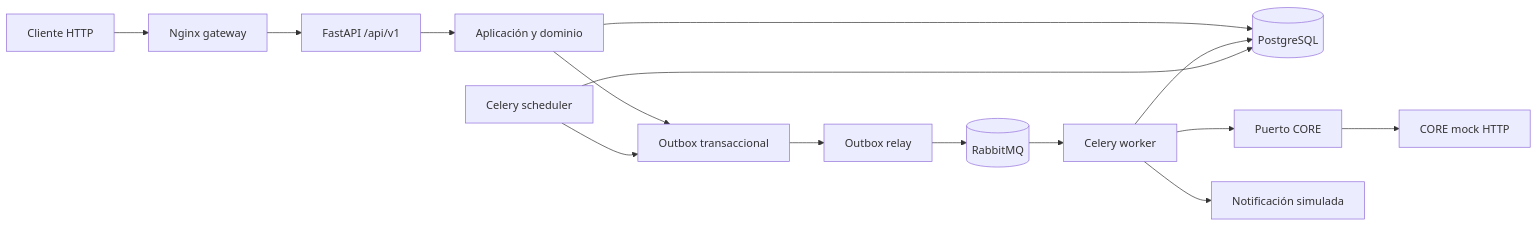
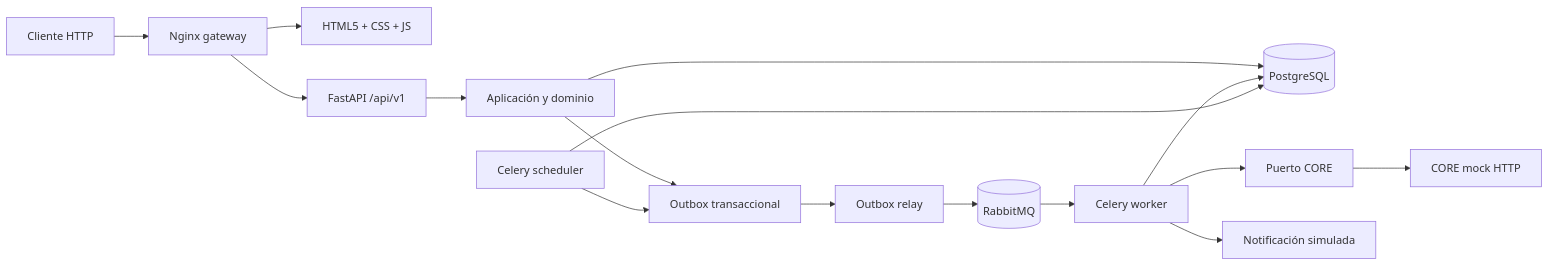
One commit to NickQ2003/Prueba_Tecnica changed the first of 3 diagrams in docs/architecture.md. Above: the diagram before and after it, drawn with Mermaid. The commit also changed 14 other files, not shown here.

````diff
--- a/docs/architecture.md
+++ b/docs/architecture.md
@@ -7,17 +7,18 @@
 ```mermaid
 flowchart LR
     Client[Cliente HTTP] --> Gateway[Nginx gateway]
+    Gateway --> Web[HTML5 + CSS + JS]
     Gateway --> API[FastAPI /api/v1]
     API --> UseCases[Aplicación y dominio]
     UseCases --> PG[(PostgreSQL)]
     UseCases --> Outbox[Outbox transaccional]
     Relay[Outbox relay] --> Broker[(RabbitMQ)]
     Outbox --> Relay
     Broker --> Worker[Celery worker]
     Worker --> CorePort[Puerto CORE]
     CorePort --> Core[CORE mock HTTP]
     Worker --> PG
     Worker --> Notify[Notificación simulada]
     Beat[Celery scheduler] --> PG
     Beat --> Outbox
 ```
````
